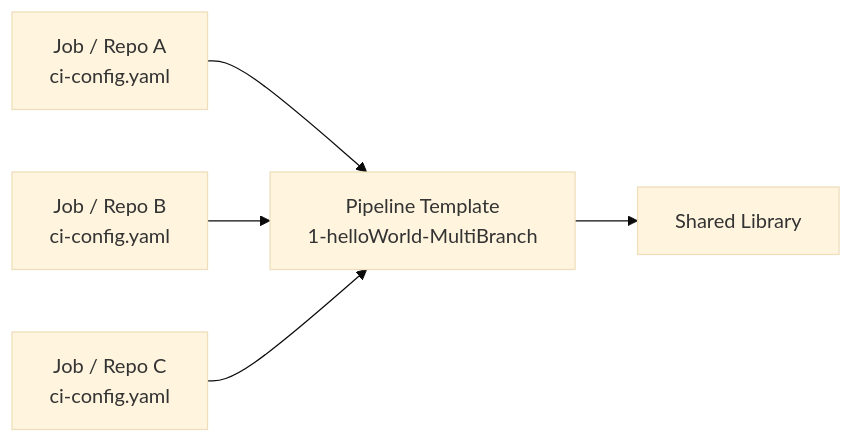
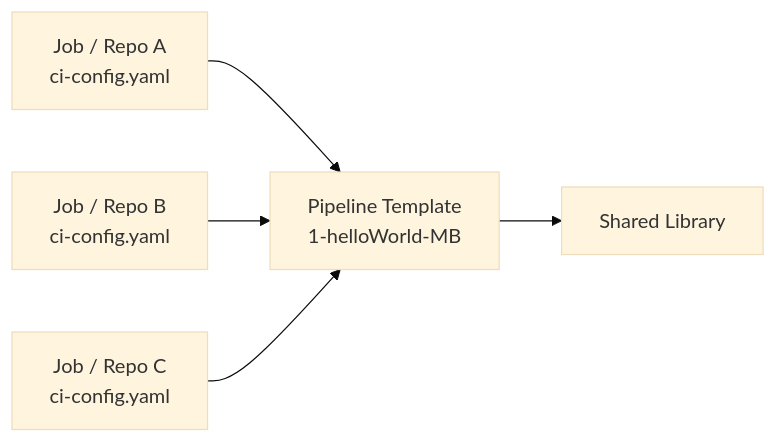
Before and after one commit to pipeline-training-ws/template-catalog: the second of 2 diagrams in README.md, drawn with Mermaid (base theme). The commit also changed other lines of this file and 2 other files, not shown here.

````diff
--- a/README.md
+++ b/README.md
@@ -81,7 +81,7 @@
 ```mermaid
 graph LR
-    JobA["Job / Repo A\nci-config.yaml"] --> TPL["Pipeline Template\n1-helloWorld-MultiBranch"]
+    JobA["Job / Repo A\nci-config.yaml"] --> TPL["Pipeline Template\n1-helloWorld-MB"]
     JobB["Job / Repo B\nci-config.yaml"] --> TPL
     JobC["Job / Repo C\nci-config.yaml"] --> TPL
     TPL --> SL["Shared Library"]
 ```
````
